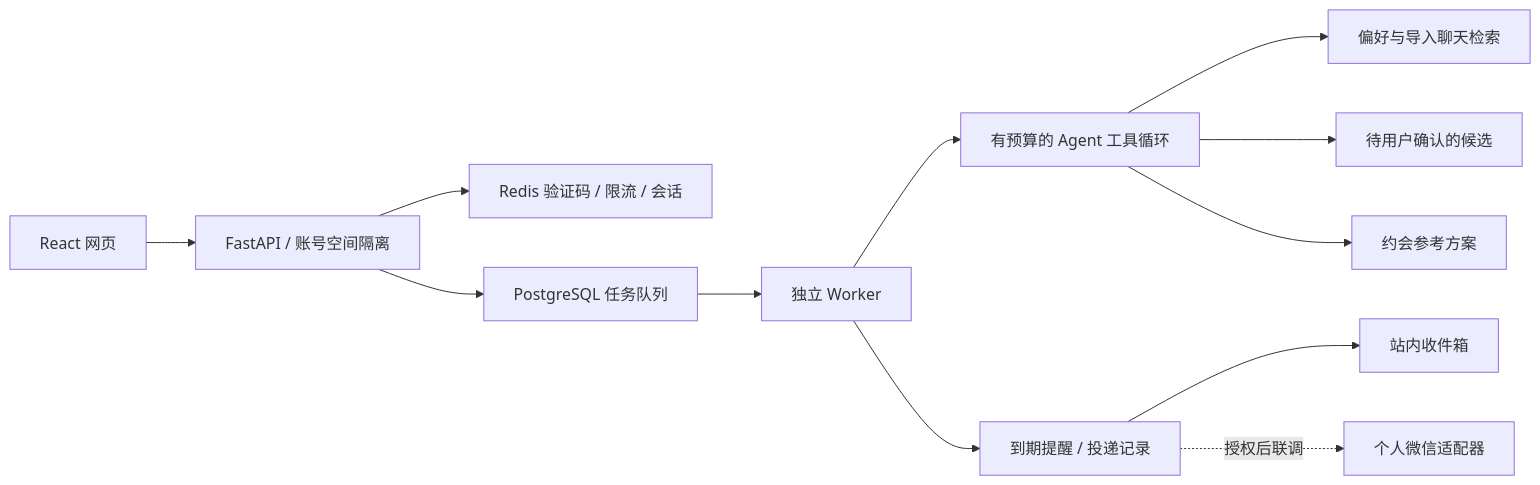
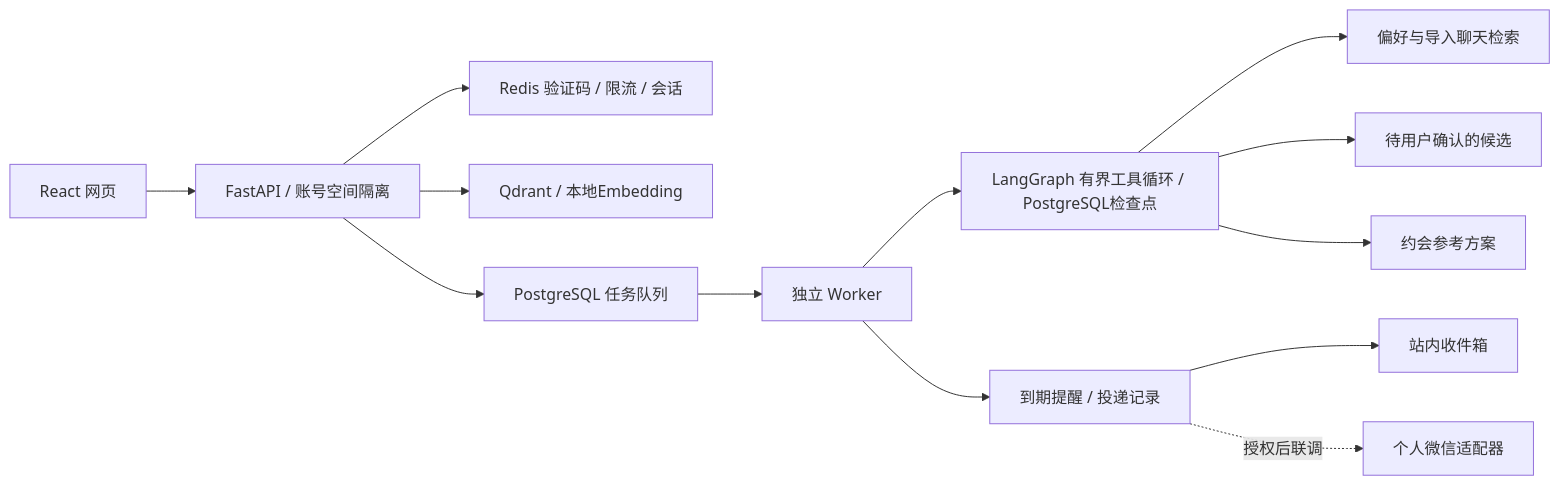
Before and after one commit to drbcxe/Xinyu: the diagram in docs/relationship-mvp.md, drawn with Mermaid. The commit also changed other lines of this file and 29 other files, not shown here.

````diff
--- a/docs/relationship-mvp.md
+++ b/docs/relationship-mvp.md
@@ -29,14 +29,15 @@
 ```mermaid
 flowchart LR
     UI[React 网页] --> API[FastAPI / 账号空间隔离]
     API --> R[Redis 验证码 / 限流 / 会话]
+    API --> V[Qdrant / 本地Embedding]
     API --> Q[PostgreSQL 任务队列]
     Q --> W[独立 Worker]
-    W --> A[有预算的 Agent 工具循环]
+    W --> A[LangGraph 有界工具循环 / PostgreSQL检查点]
     A --> M[偏好与导入聊天检索]
     A --> C[待用户确认的候选]
     A --> D[约会参考方案]
     W --> N[到期提醒 / 投递记录]
     N --> I[站内收件箱]
     N -.授权后联调.-> WX[个人微信适配器]
 ```
````
